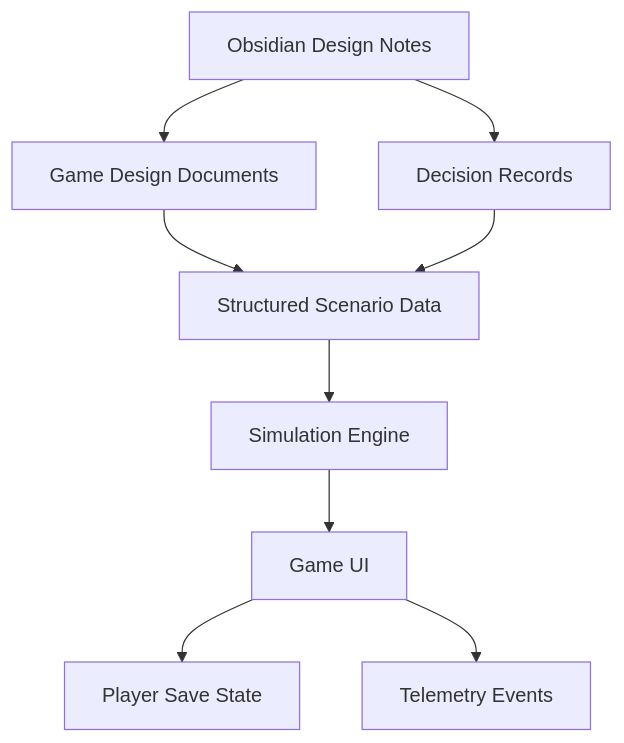
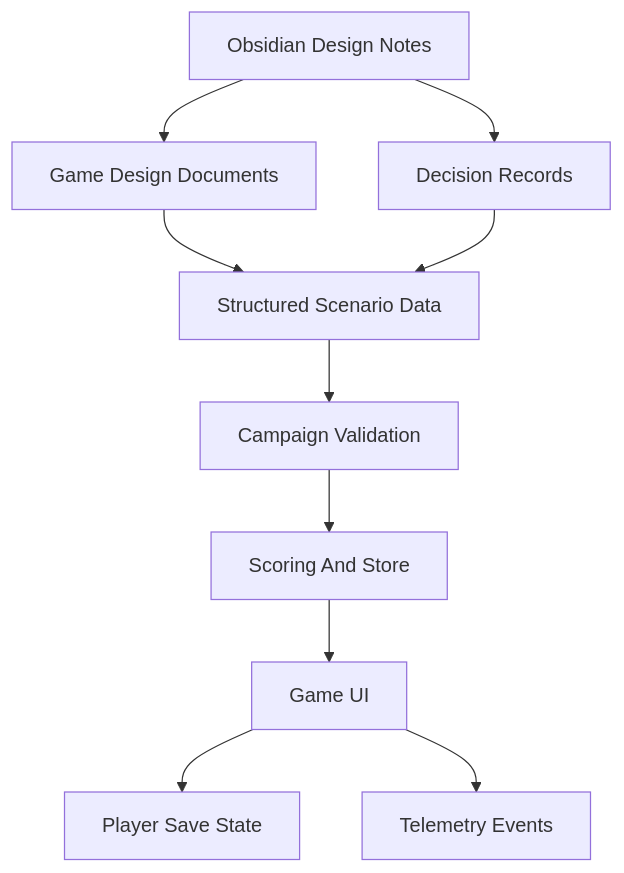
One commit to scds7xdxnd-bit/plant-ops-game changed the diagram in plant-ops-game-vault/04-tech-infrastructure/Source of Truth.md. Above: the diagram before and after it, drawn with Mermaid. The commit also changed other lines of this file and 28 other files, not shown here.

Commit message:
Add campaign loader and presentation features, update scenario data schema

````diff
--- a/plant-ops-game-vault/04-tech-infrastructure/Source of Truth.md
+++ b/plant-ops-game-vault/04-tech-infrastructure/Source of Truth.md
@@ -16,11 +19,12 @@
 ```mermaid
 graph TD
   A[Obsidian Design Notes] --> B[Game Design Documents]
   A --> C[Decision Records]
   B --> D[Structured Scenario Data]
   C --> D
-  D --> E[Simulation Engine]
-  E --> F[Game UI]
-  F --> G[Player Save State]
-  F --> H[Telemetry Events]
+  D --> E[Campaign Validation]
+  E --> F[Scoring And Store]
+  F --> G[Game UI]
+  G --> H[Player Save State]
+  G --> I[Telemetry Events]
 ```
````
